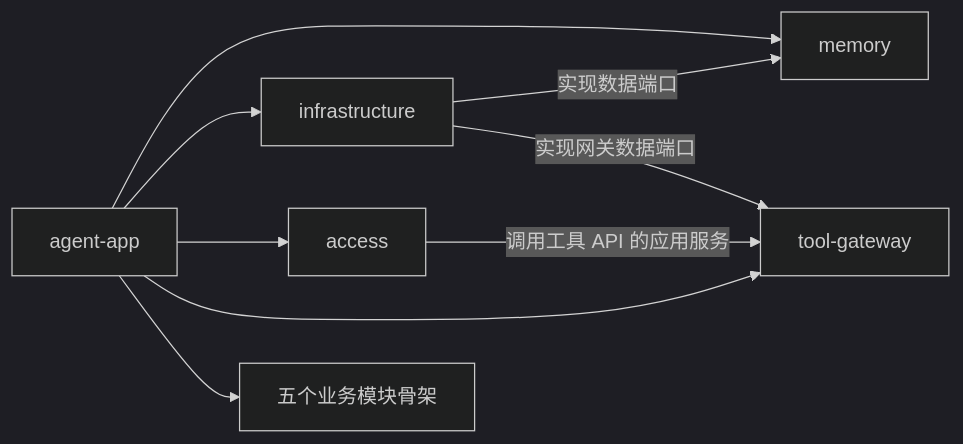
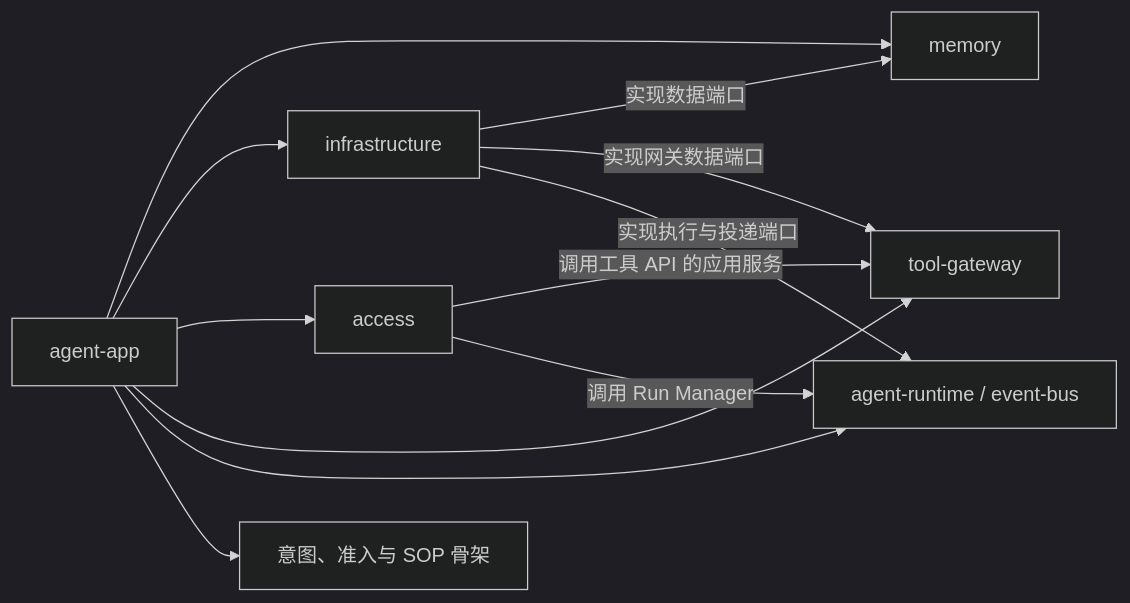
The diagram in docs/implementation/README.md (1625753348/mySuperClaw), drawn with Mermaid (dark theme) before and after one commit. The commit also changed other lines of this file and 40 other files, not shown here.

````diff
--- a/docs/implementation/README.md
+++ b/docs/implementation/README.md
@@ -26,11 +26,14 @@
 ```mermaid
 flowchart LR
     A["agent-app"] --> M["memory"]
     A --> I["infrastructure"]
     A --> W["access"]
     A --> G["tool-gateway"]
-    A --> B["五个业务模块骨架"]
+    A --> R["agent-runtime / event-bus"]
+    A --> B["意图、准入与 SOP 骨架"]
     I -->|"实现数据端口"| M
     I -->|"实现网关数据端口"| G
     W -->|"调用工具 API 的应用服务"| G
+    W -->|"调用 Run Manager"| R
+    I -->|"实现执行与投递端口"| R
 ```
````
